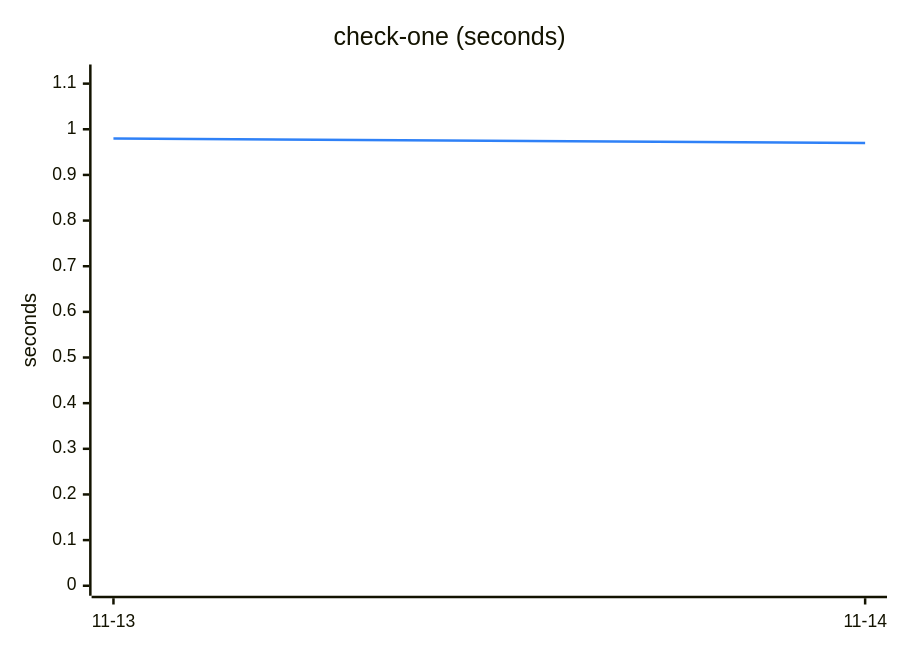
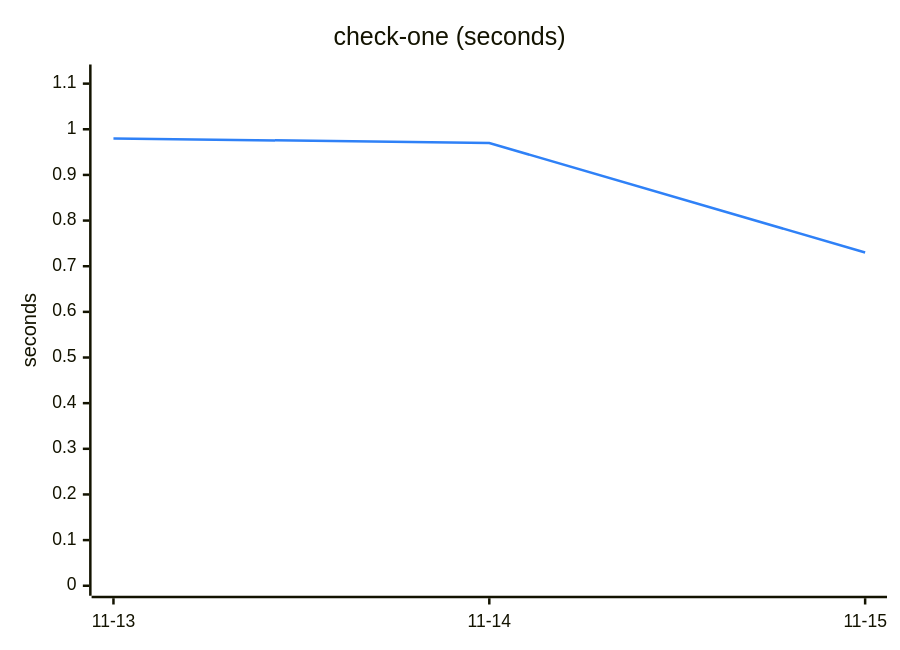
One commit to mendixlabs/mxcli changed the fourth of 6 diagrams in TREND.md. Above: the diagram before and after it, drawn with Mermaid. The commit also changed other lines of this file and 2 other files, not shown here.

````diff
--- a/TREND.md
+++ b/TREND.md
@@ -97,13 +97,13 @@
 ```mermaid
 ---
 config:
   themeVariables:
     xyChart:
       plotColorPalette: "#2f81f7"
 ---
 xychart-beta
     title "check-one (seconds)"
-    x-axis ["11-13", "11-14"]
+    x-axis ["11-13", "11-14", "11-15"]
     y-axis "seconds" 0 --> 1.12
-    line [0.98, 0.97]
+    line [0.98, 0.97, 0.73]
 ```
````
